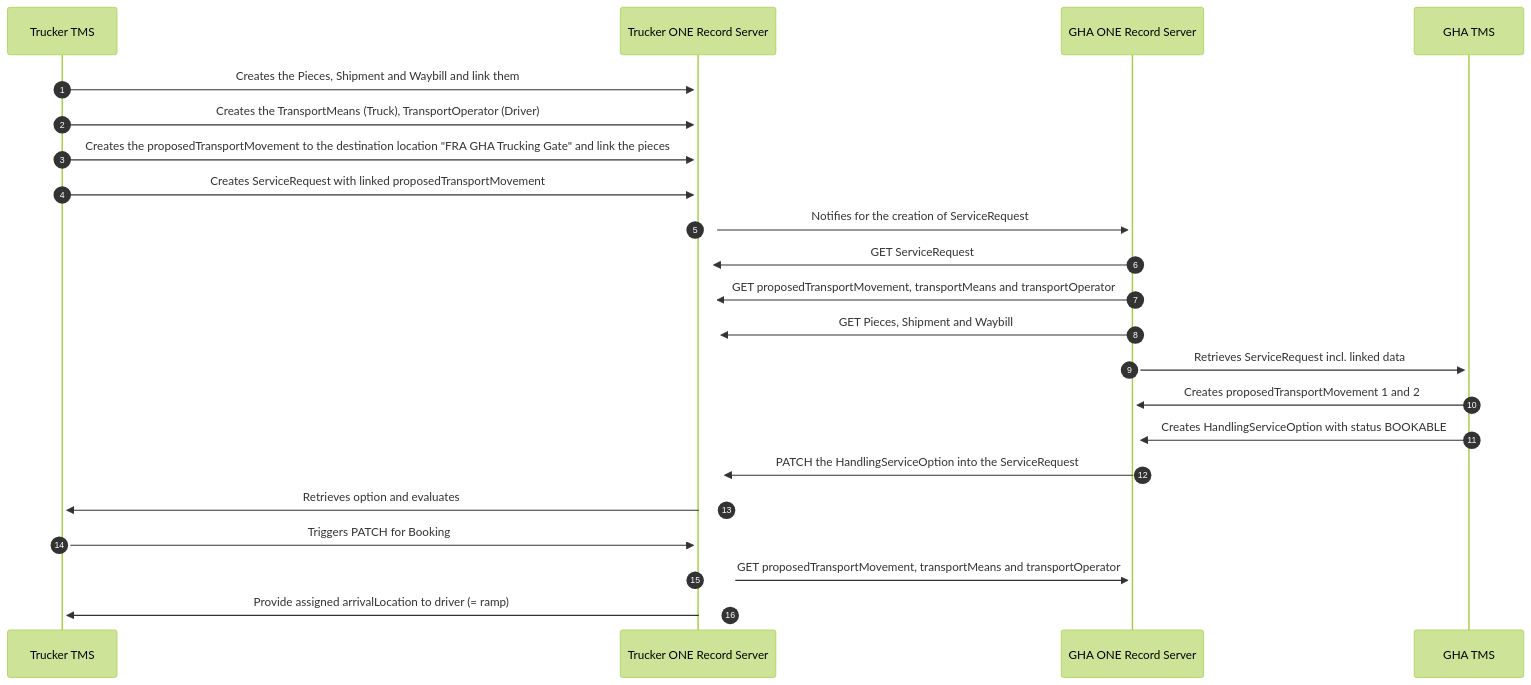
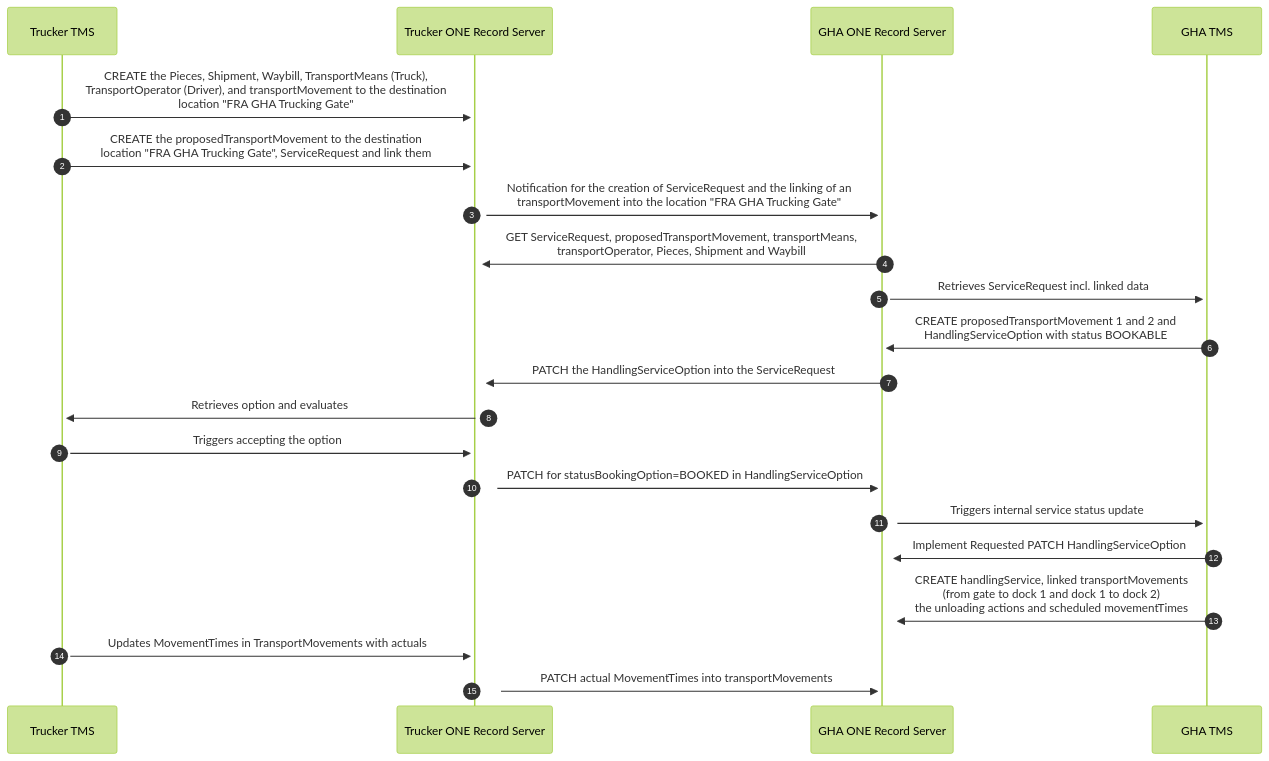
Before and after one commit to digital-cargo/good-practice-truck-preadvice: the second of 2 diagrams in README.md, drawn with Mermaid (forest theme).

````diff
--- a/README.md
+++ b/README.md
@@ -183,24 +157,23 @@
 ```mermaid
 sequenceDiagram
     participant Trucker TMS
     participant Trucker ONE Record Server
     participant GHA ONE Record Server
     participant GHA TMS
     autonumber
-    Trucker TMS->>+Trucker ONE Record Server: Creates the Pieces, Shipment and Waybill and link them
-    Trucker TMS->>+Trucker ONE Record Server: Creates the TransportMeans (Truck), TransportOperator (Driver)
-    Trucker TMS->>+Trucker ONE Record Server: Creates the proposedTransportMovement to the destination location "FRA GHA Trucking Gate" and link the pieces
-    Trucker TMS->>+Trucker ONE Record Server: Creates ServiceRequest with linked proposedTransportMovement
-    Trucker ONE Record Server->>+GHA ONE Record Server: Notifies for the creation of ServiceRequest
-    GHA ONE Record Server->>+ Trucker ONE Record Server: GET ServiceRequest
-    GHA ONE Record Server->>+ Trucker ONE Record Server: GET proposedTransportMovement, transportMeans and transportOperator
-    GHA ONE Record Server->>+ Trucker ONE Record Server: GET Pieces, Shipment and Waybill
+    Trucker TMS->>+Trucker ONE Record Server: CREATE the Pieces, Shipment, Waybill, TransportMeans (Truck), <br/> TransportOperator (Driver), and transportMovement to the destination<br/> location "FRA GHA Trucking Gate"
+    Trucker TMS->>+Trucker ONE Record Server: CREATE the proposedTransportMovement to the destination<br/> location "FRA GHA Trucking Gate", ServiceRequest and link them 
+    Trucker ONE Record Server->>+GHA ONE Record Server: Notification for the creation of ServiceRequest and the linking of an <br/>transportMovement into the  location "FRA GHA Trucking Gate"
+    GHA ONE Record Server->>+ Trucker ONE Record Server: GET ServiceRequest, proposedTransportMovement, transportMeans, <br/>transportOperator, Pieces, Shipment and Waybill
     GHA ONE Record Server->>+GHA TMS: Retrieves ServiceRequest incl. linked data 
-    GHA TMS->>+GHA ONE Record Server: Creates proposedTransportMovement 1 and 2
-    GHA TMS->>+GHA ONE Record Server: Creates HandlingServiceOption with status BOOKABLE
+    GHA TMS->>+GHA ONE Record Server: CREATE proposedTransportMovement 1 and 2 and <br/> HandlingServiceOption with status BOOKABLE
     GHA ONE Record Server->>+Trucker ONE Record Server: PATCH the HandlingServiceOption into the ServiceRequest
     Trucker ONE Record Server->>+ Trucker TMS: Retrieves option and evaluates
-    Trucker TMS->>+ Trucker ONE Record Server: Triggers PATCH for Booking
-    Trucker ONE Record Server->>+ GHA ONE Record Server: GET proposedTransportMovement, transportMeans and transportOperator
-    Trucker ONE Record Server ->>+Trucker TMS: Provide assigned arrivalLocation to driver (= ramp)
+    Trucker TMS ->>+ Trucker ONE Record Server: Triggers accepting the option
+    Trucker ONE Record Server ->>+ GHA ONE Record Server: PATCH for statusBookingOption=BOOKED in HandlingServiceOption 
+    GHA ONE Record Server->>+GHA TMS: Triggers internal service status update
+    GHA TMS->>+GHA ONE Record Server: Implement Requested PATCH HandlingServiceOption 
+    GHA TMS->>+GHA ONE Record Server: CREATE handlingService, linked transportMovements<br/> (from gate to dock 1 and dock 1 to dock 2)<br/> the unloading actions and scheduled movementTimes
+    Trucker TMS ->>+ Trucker ONE Record Server: Updates MovementTimes in TransportMovements with actuals
+    Trucker ONE Record Server ->>+ GHA ONE Record Server: PATCH actual MovementTimes into transportMovements 
 ```
````
